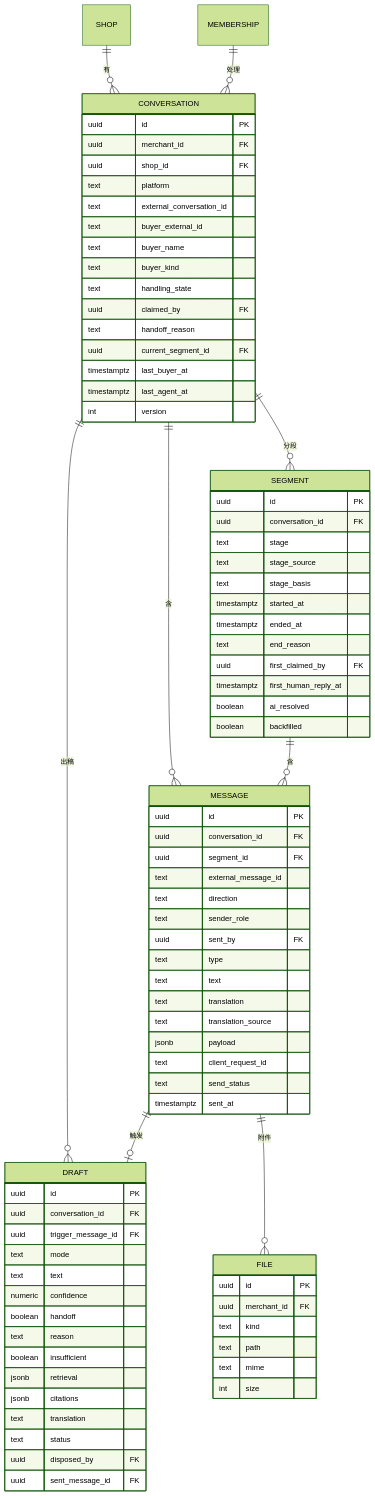
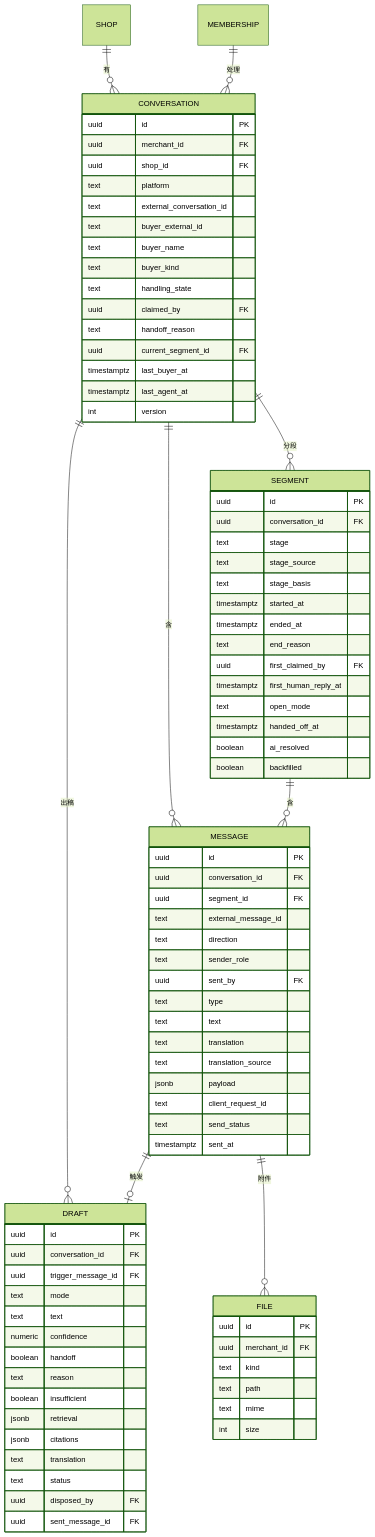
Before and after one commit to Bearisbug/shopilot: the fourth of 34 diagrams in docs/DESIGN.md, drawn with Mermaid (forest theme). The commit also changed other lines of this file and 23 other files, not shown here.

```diff
--- a/docs/DESIGN.md
+++ b/docs/DESIGN.md
@@ -1146,6 +1167,8 @@
     text end_reason
     uuid first_claimed_by FK
     timestamptz first_human_reply_at
+    text open_mode
+    timestamptz handed_off_at
     boolean ai_resolved
     boolean backfilled
   }
```
